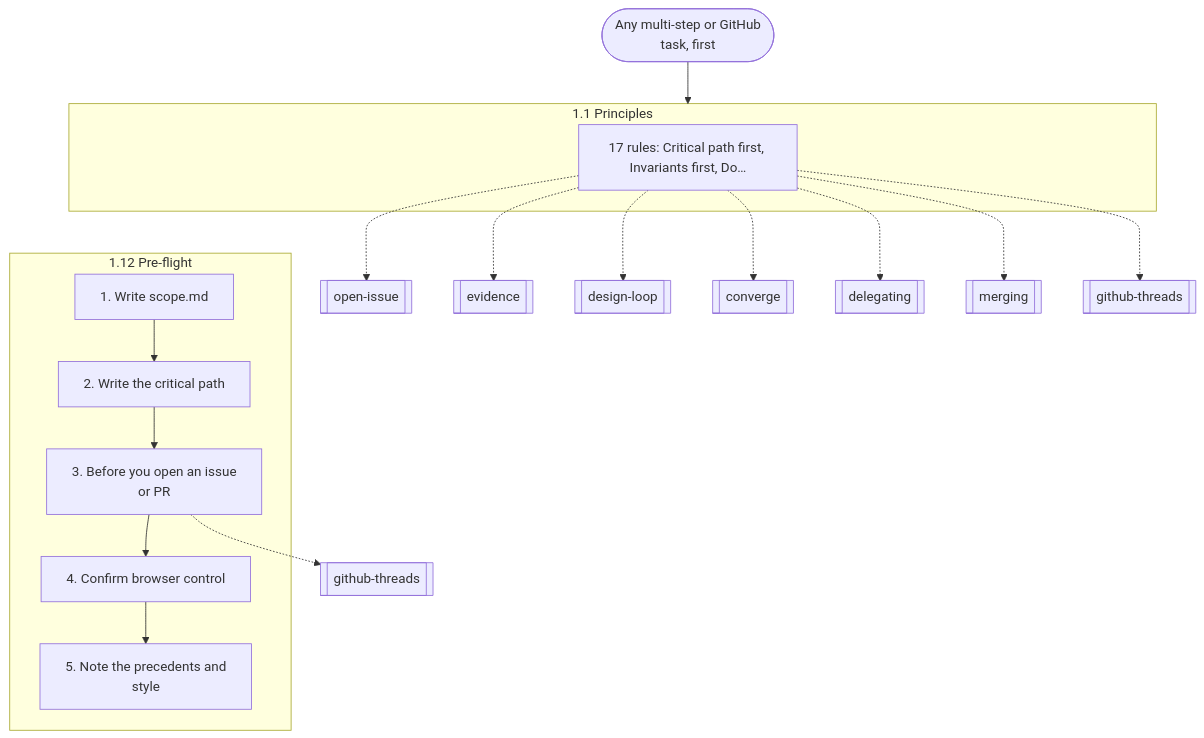
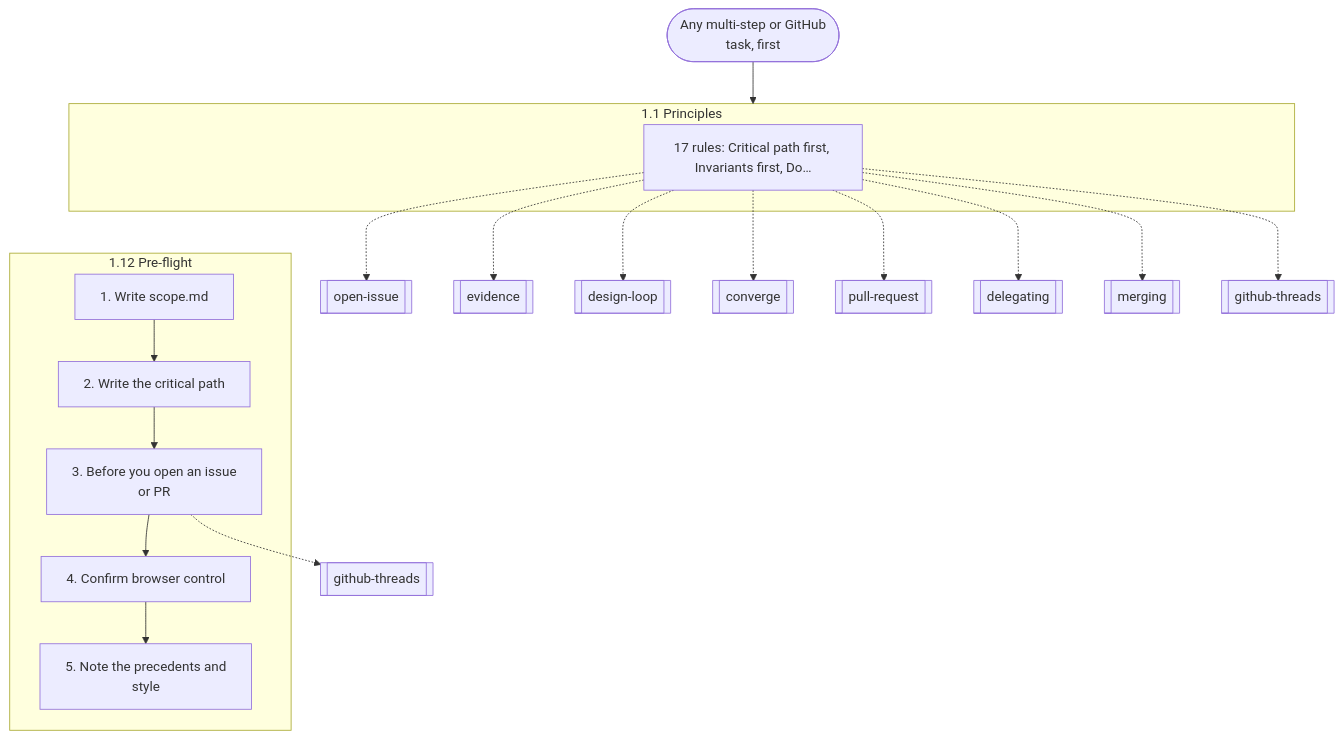
Before and after one commit to nitedani/mergeworthy: the first of 16 diagrams in docs/graphs.md, drawn with Mermaid. The commit also changed other lines of this file and 18 other files, not shown here.

````diff
--- a/docs/graphs.md
+++ b/docs/graphs.md
@@ -30,28 +30,29 @@
 ```mermaid
 flowchart TB
   start(["Any multi-step or GitHub<br/>task, first"])
   subgraph g0["1.1 Principles"]
     s0["17 rules: Critical path first, Invariants first, Do…"]
   end
   s0 -.-> r1[["open-issue"]]
   s0 -.-> r2[["evidence"]]
   s0 -.-> r3[["design-loop"]]
   s0 -.-> r4[["converge"]]
-  s0 -.-> r5[["delegating"]]
-  s0 -.-> r6[["merging"]]
-  s0 -.-> r7[["github-threads"]]
+  s0 -.-> r5[["pull-request"]]
+  s0 -.-> r6[["delegating"]]
+  s0 -.-> r7[["merging"]]
+  s0 -.-> r8[["github-threads"]]
   subgraph g1["1.12 Pre-flight"]
     s1["1. Write scope.md"]
     s2["2. Write the critical path"]
     s1 --> s2
     s3["3. Before you open an issue<br/>or PR"]
     s2 --> s3
     s4["4. Confirm browser control"]
     s3 --> s4
     s5["5. Note the precedents and<br/>style"]
     s4 --> s5
   end
-  s3 -.-> r8[["github-threads"]]
+  s3 -.-> r9[["github-threads"]]
   start --> g0
   g0 ~~~ g1
 ```
````
